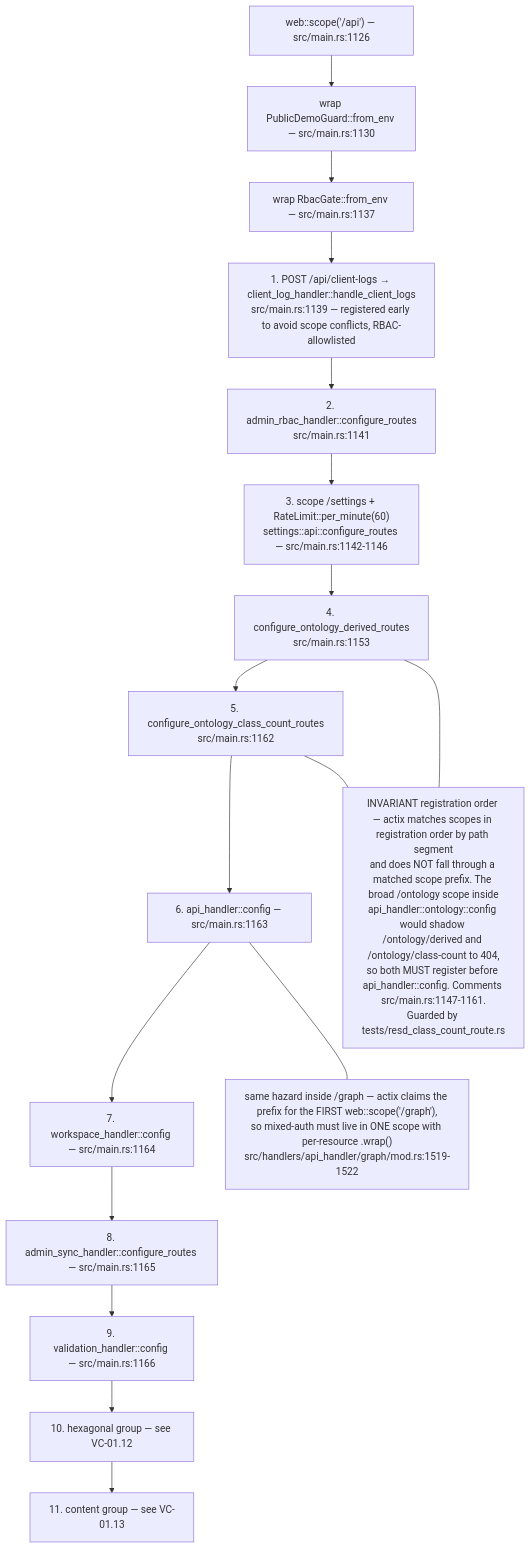
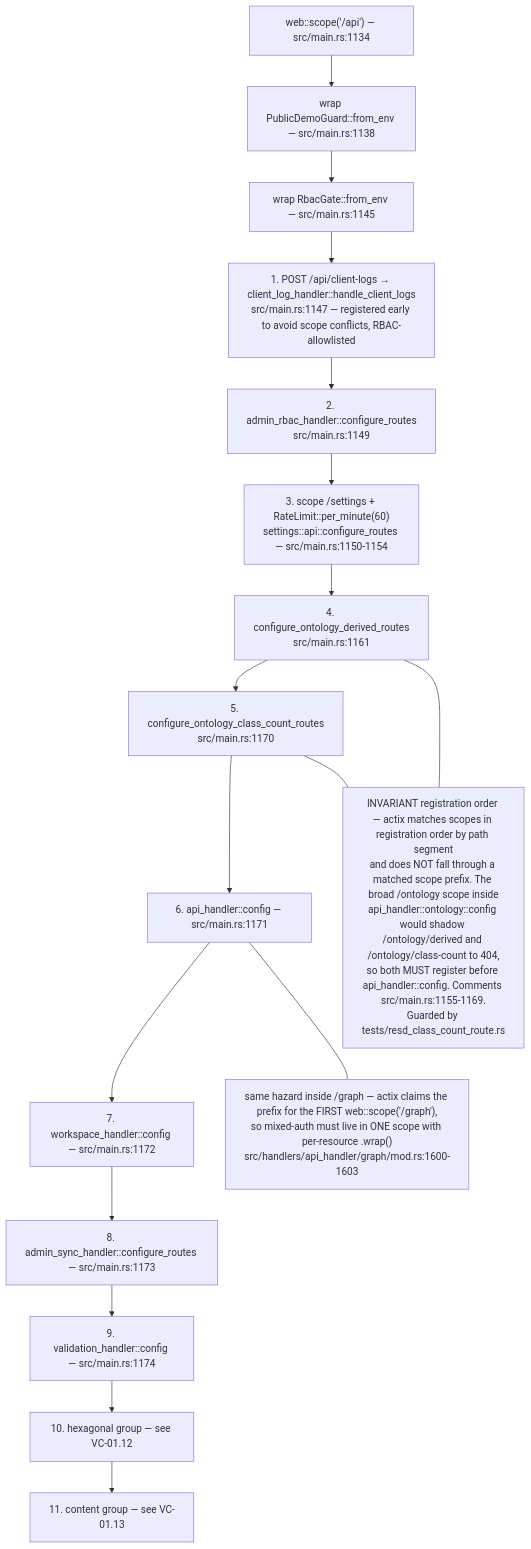
The eighth of 13 diagrams in docs/diagrams/visionclaw/01-boot-and-app-state.md (DreamLab-AI/VisionFlow), drawn with Mermaid before and after one commit. The commit also changed other lines of this file and 56 other files, not shown here.

First line of the commit message:
docs(diagrams): re-verify VisionClaw topics at ec785afa9, add VC-19/56/57 and the VisionClaw register

````diff
--- a/docs/diagrams/visionclaw/01-boot-and-app-state.md
+++ b/docs/diagrams/visionclaw/01-boot-and-app-state.md
@@ -383,22 +397,22 @@
 ```mermaid
 flowchart TB
-    S["web::scope('/api') — src/main.rs:1126"]
-    S --> G1["wrap PublicDemoGuard::from_env — src/main.rs:1130"]
-    G1 --> G2["wrap RbacGate::from_env — src/main.rs:1137"]
-    G2 --> R1["1. POST /api/client-logs → client_log_handler::handle_client_logs<br/>src/main.rs:1139 — registered early to avoid scope conflicts, RBAC-allowlisted"]
-    R1 --> R2["2. admin_rbac_handler::configure_routes<br/>src/main.rs:1141"]
-    R2 --> R3["3. scope /settings + RateLimit::per_minute(60)<br/>settings::api::configure_routes — src/main.rs:1142-1146"]
-    R3 --> R4["4. configure_ontology_derived_routes<br/>src/main.rs:1153"]
-    R4 --> R5["5. configure_ontology_class_count_routes<br/>src/main.rs:1162"]
-    R5 --> R6["6. api_handler::config — src/main.rs:1163"]
-    R6 --> R7["7. workspace_handler::config — src/main.rs:1164"]
-    R7 --> R8["8. admin_sync_handler::configure_routes — src/main.rs:1165"]
-    R8 --> R9["9. validation_handler::config — src/main.rs:1166"]
+    S["web::scope('/api') — src/main.rs:1134"]
+    S --> G1["wrap PublicDemoGuard::from_env — src/main.rs:1138"]
+    G1 --> G2["wrap RbacGate::from_env — src/main.rs:1145"]
+    G2 --> R1["1. POST /api/client-logs → client_log_handler::handle_client_logs<br/>src/main.rs:1147 — registered early to avoid scope conflicts, RBAC-allowlisted"]
+    R1 --> R2["2. admin_rbac_handler::configure_routes<br/>src/main.rs:1149"]
+    R2 --> R3["3. scope /settings + RateLimit::per_minute(60)<br/>settings::api::configure_routes — src/main.rs:1150-1154"]
+    R3 --> R4["4. configure_ontology_derived_routes<br/>src/main.rs:1161"]
+    R4 --> R5["5. configure_ontology_class_count_routes<br/>src/main.rs:1170"]
+    R5 --> R6["6. api_handler::config — src/main.rs:1171"]
+    R6 --> R7["7. workspace_handler::config — src/main.rs:1172"]
+    R7 --> R8["8. admin_sync_handler::configure_routes — src/main.rs:1173"]
+    R8 --> R9["9. validation_handler::config — src/main.rs:1174"]
     R9 --> R10["10. hexagonal group — see VC-01.12"]
     R10 --> R11["11. content group — see VC-01.13"]
-    ORD["INVARIANT registration order — actix matches scopes in registration order by path segment<br/>and does NOT fall through a matched scope prefix. The broad /ontology scope inside<br/>api_handler::ontology::config would shadow /ontology/derived and /ontology/class-count to 404,<br/>so both MUST register before api_handler::config. Comments src/main.rs:1147-1161.<br/>Guarded by tests/resd_class_count_route.rs"]
+    ORD["INVARIANT registration order — actix matches scopes in registration order by path segment<br/>and does NOT fall through a matched scope prefix. The broad /ontology scope inside<br/>api_handler::ontology::config would shadow /ontology/derived and /ontology/class-count to 404,<br/>so both MUST register before api_handler::config. Comments src/main.rs:1155-1169.<br/>Guarded by tests/resd_class_count_route.rs"]
     R4 --- ORD
     R5 --- ORD
-    ORD2["same hazard inside /graph — actix claims the prefix for the FIRST web::scope('/graph'),<br/>so mixed-auth must live in ONE scope with per-resource .wrap()<br/>src/handlers/api_handler/graph/mod.rs:1519-1522"]
+    ORD2["same hazard inside /graph — actix claims the prefix for the FIRST web::scope('/graph'),<br/>so mixed-auth must live in ONE scope with per-resource .wrap()<br/>src/handlers/api_handler/graph/mod.rs:1600-1603"]
     R6 --- ORD2
 ```
````
